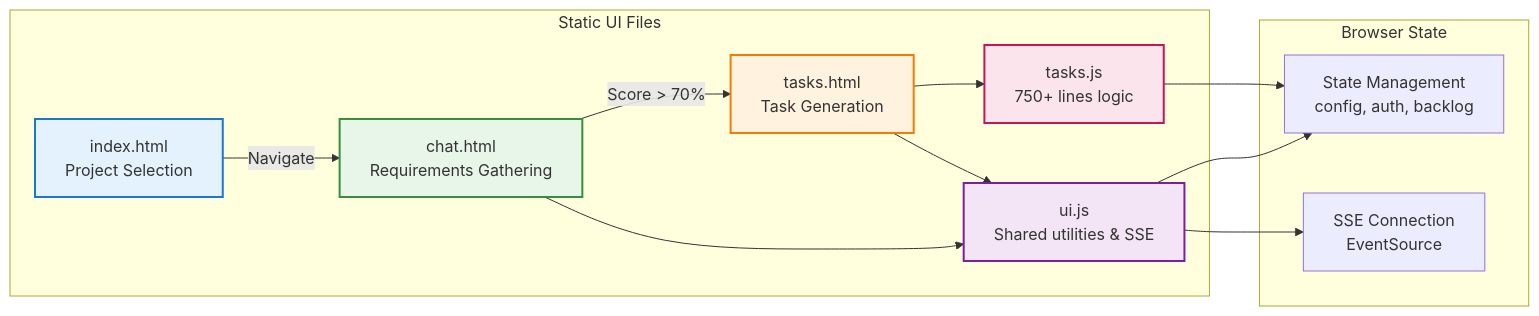
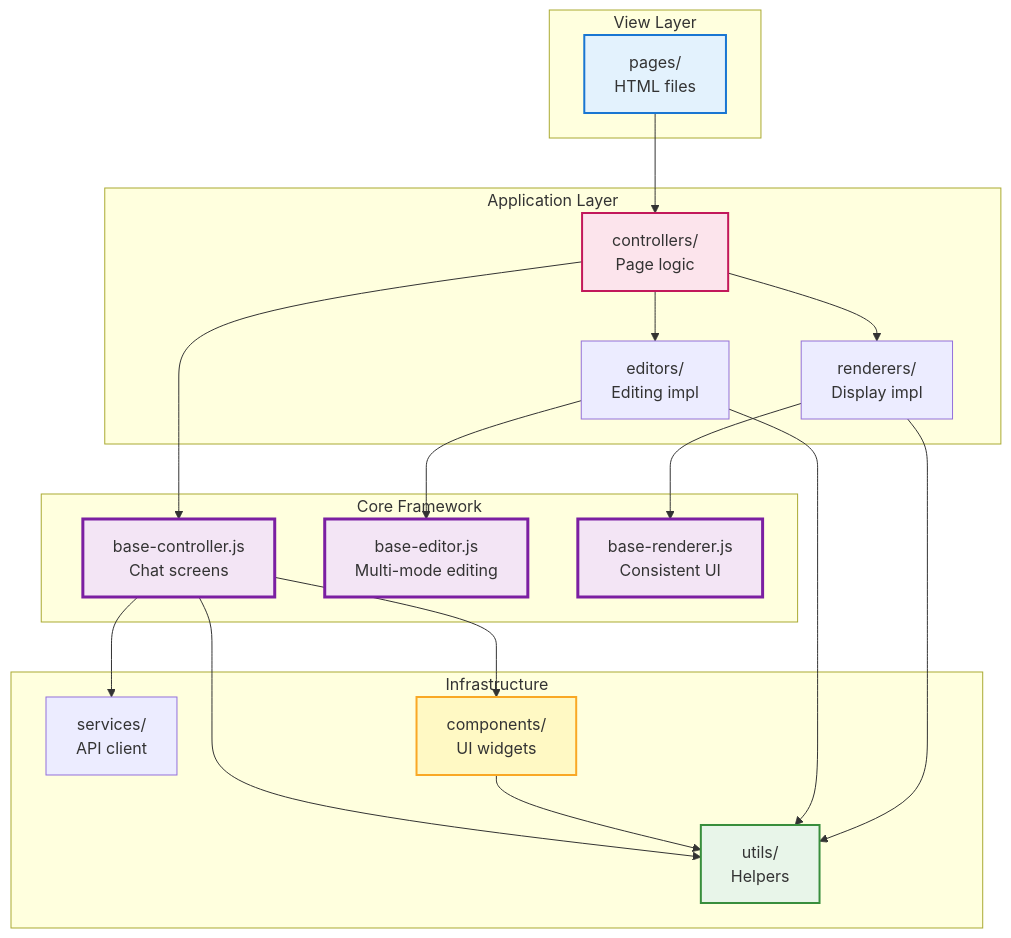
Before and after one commit to vladavilov/playground: the sixth of 12 diagrams in git-epic-creator/services/ui_service/README.md, drawn with Mermaid. The commit also changed other lines of this file and 31 other files, not shown here.

````diff
--- a/git-epic-creator/services/ui_service/README.md
+++ b/git-epic-creator/services/ui_service/README.md
@@ -331,30 +336,48 @@
 ```mermaid
-graph LR
-    subgraph "Static UI Files"
-        Index[index.html<br/>Project Selection]
-        Chat[chat.html<br/>Requirements Gathering]
-        Tasks[tasks.html<br/>Task Generation]
-        TasksJS[tasks.js<br/>750+ lines logic]
-        UIJS[ui.js<br/>Shared utilities & SSE]
+graph TB
+    subgraph "View Layer"
+        Pages[pages/<br/>HTML files]
     end
     
-    subgraph "Browser State"
-        State[State Management<br/>config, auth, backlog]
-        SSE[SSE Connection<br/>EventSource]
+    subgraph "Core Framework"
+        BaseCtrl[base-controller.js<br/>Chat screens]
+        BaseEdit[base-editor.js<br/>Multi-mode editing]
+        BaseRend[base-renderer.js<br/>Consistent UI]
     end
     
-    Index -->|Navigate| Chat
-    Chat -->|Score > 70%| Tasks
-    Tasks --> TasksJS
-    Chat --> UIJS
-    Tasks --> UIJS
-    UIJS --> SSE
-    UIJS --> State
-    TasksJS --> State
+    subgraph "Application Layer"
+        Controllers[controllers/<br/>Page logic]
+        Editors[editors/<br/>Editing impl]
+        Renderers[renderers/<br/>Display impl]
+    end
     
-    style Index fill:#e3f2fd,stroke:#1976d2,stroke-width:2px
-    style Chat fill:#e8f5e9,stroke:#388e3c,stroke-width:2px
-    style Tasks fill:#fff3e0,stroke:#f57c00,stroke-width:2px
-    style TasksJS fill:#fce4ec,stroke:#c2185b,stroke-width:2px
-    style UIJS fill:#f3e5f5,stroke:#7b1fa2,stroke-width:2px
+    subgraph "Infrastructure"
+        Services[services/<br/>API client]
+        Components[components/<br/>UI widgets]
+        Utils[utils/<br/>Helpers]
+    end
+    
+    Pages --> Controllers
+    Controllers --> BaseCtrl
+    Controllers --> Editors
+    Controllers --> Renderers
+    
+    Editors --> BaseEdit
+    Renderers --> BaseRend
+    
+    BaseCtrl --> Components
+    BaseCtrl --> Utils
+    BaseCtrl --> Services
+    
+    Components --> Utils
+    Editors --> Utils
+    Renderers --> Utils
+    
+    style Pages fill:#e3f2fd,stroke:#1976d2,stroke-width:2px
+    style BaseCtrl fill:#f3e5f5,stroke:#7b1fa2,stroke-width:3px
+    style BaseEdit fill:#f3e5f5,stroke:#7b1fa2,stroke-width:3px
+    style BaseRend fill:#f3e5f5,stroke:#7b1fa2,stroke-width:3px
+    style Controllers fill:#fce4ec,stroke:#c2185b,stroke-width:2px
+    style Components fill:#fff9c4,stroke:#f9a825,stroke-width:2px
+    style Utils fill:#e8f5e9,stroke:#388e3c,stroke-width:2px
 ```
````
